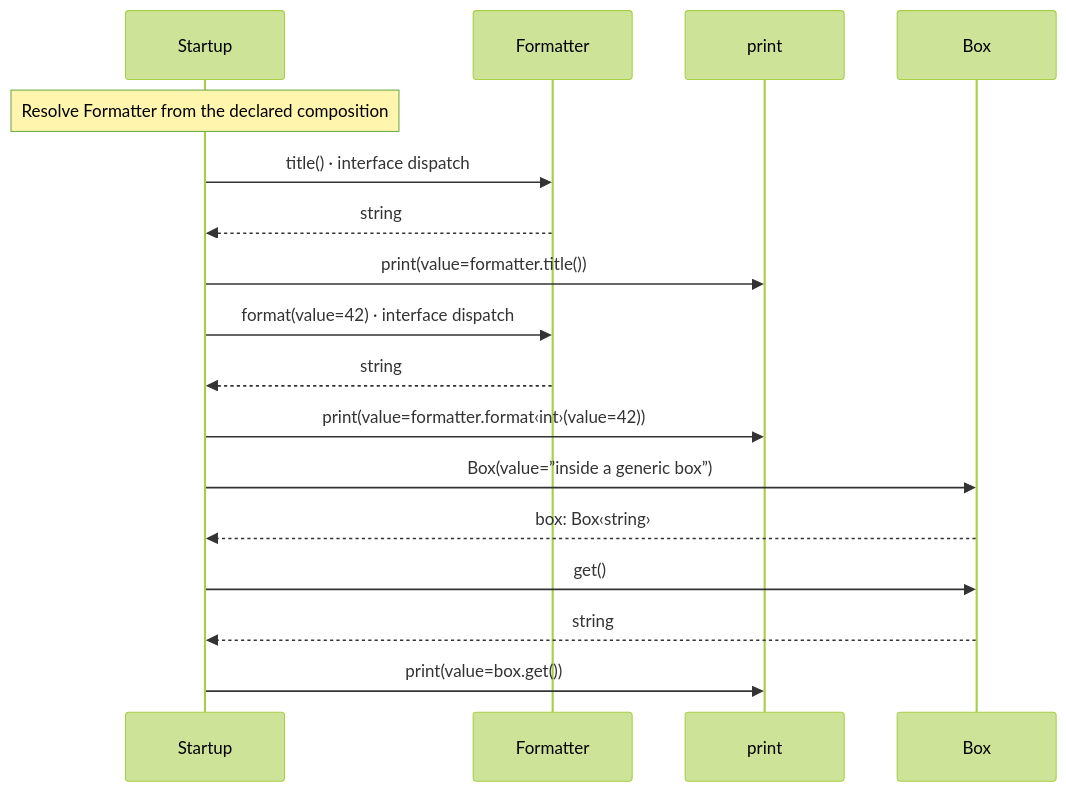
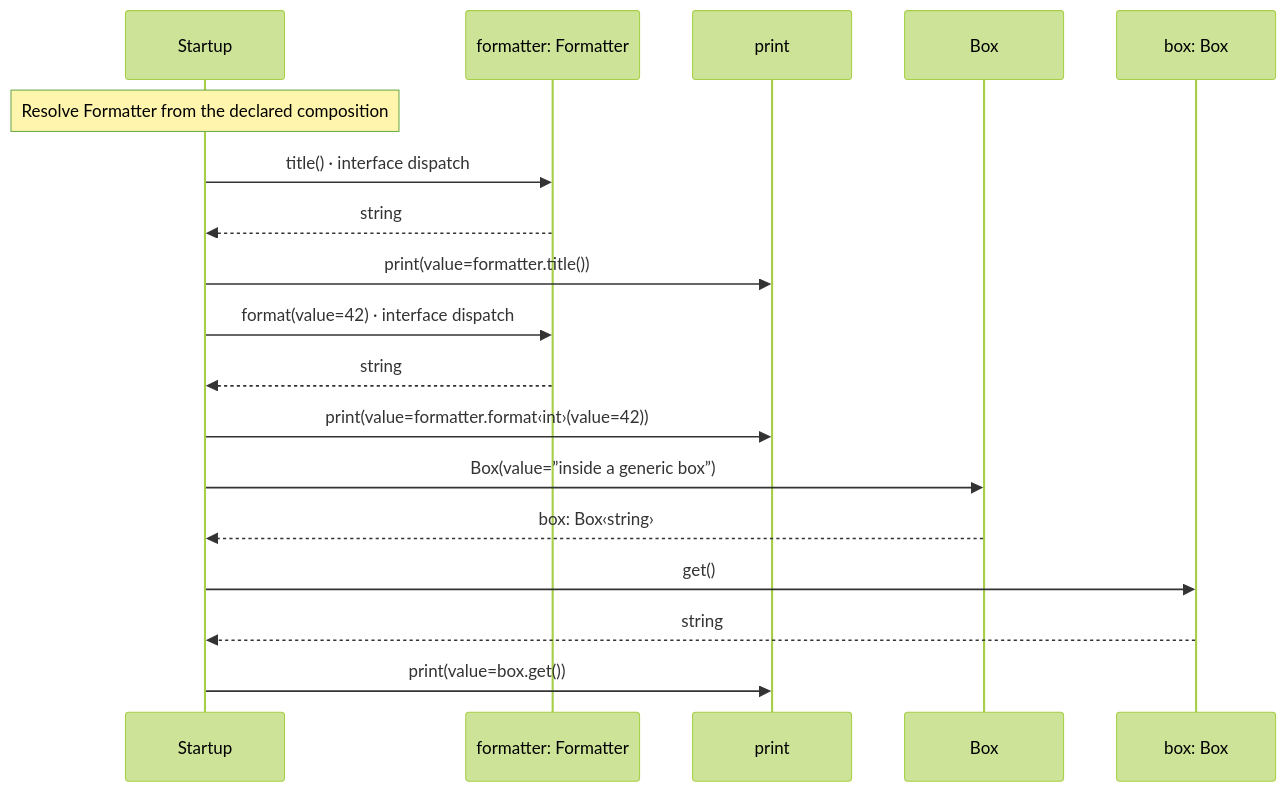
Before and after one commit to GreenPandaStudios/augscript: the third of 3 diagrams in docs/examples/generics/main-diagrams.md, drawn with Mermaid (forest theme). The commit also changed 102 other files, not shown here.

Commit message:
Keep named service receivers distinct in sequence data flow

````diff
--- a/docs/examples/generics/main-diagrams.md
+++ b/docs/examples/generics/main-diagrams.md
@@ -55,19 +55,20 @@
 ```mermaid
 sequenceDiagram
     participant p0 as Startup
-    participant p1 as Formatter
+    participant p1 as formatter: Formatter
     participant p2 as print
     participant p3 as Box
+    participant p4 as box: Box
     Note over p0: Resolve Formatter from the declared composition
     p0->>p1: title() · interface dispatch
     p1-->>p0: string
     p0->>p2: print(value=formatter.title())
     p0->>p1: format(value=42) · interface dispatch
     p1-->>p0: string
     p0->>p2: print(value=formatter.format‹int›(value=42))
     p0->>p3: Box(value=”inside a generic box”)
     p3-->>p0: box: Box‹string›
-    p0->>p3: get()
-    p3-->>p0: string
+    p0->>p4: get()
+    p4-->>p0: string
     p0->>p2: print(value=box.get())
 ```
````
